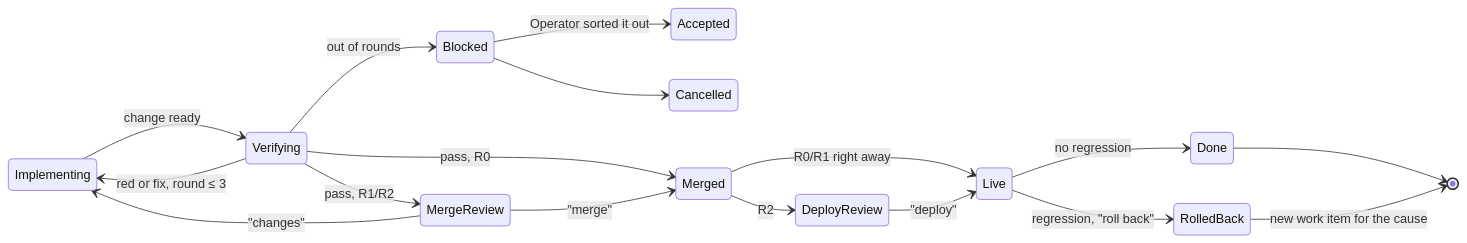
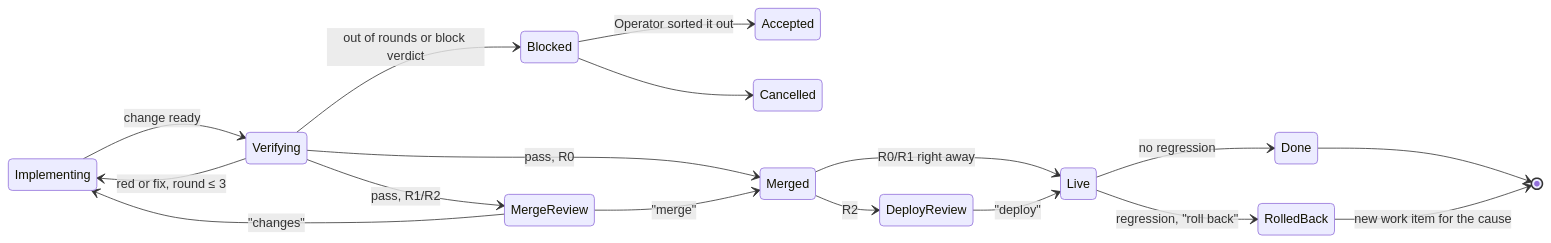
One commit to redikultsev/agentic-sdlc-atlas changed the second of 2 diagrams in deck/slides.md. Above: the diagram before and after it, drawn with Mermaid. The commit also changed other lines of this file and 10 other files, not shown here.

Commit message:
model: AI review is one reviewer agent (re-checks findings, explains R1/R2); shared 3-round fix limit, block goes to Blocked (decision 22)

````diff
--- a/deck/slides.md
+++ b/deck/slides.md
@@ -300,20 +298,20 @@
 ```mermaid {scale: 0.42}
 stateDiagram-v2
   direction LR
   Implementing --> Verifying: change ready
   Verifying --> Implementing: red or fix, round ≤ 3
-  Verifying --> Blocked: out of rounds
+  Verifying --> Blocked: out of rounds or block verdict
   Verifying --> Merged: pass, R0
   Verifying --> MergeReview: pass, R1/R2
   MergeReview --> Implementing: "changes"
   MergeReview --> Merged: "merge"
   Merged --> Live: R0/R1 right away
   Merged --> DeployReview: R2
   DeployReview --> Live: "deploy"
   Live --> Done: no regression
   Live --> RolledBack: regression, "roll back"
   Blocked --> Accepted: Operator sorted it out
   Blocked --> Cancelled
   Done --> [*]
   RolledBack --> [*]: new work item for the cause
 ```
````
